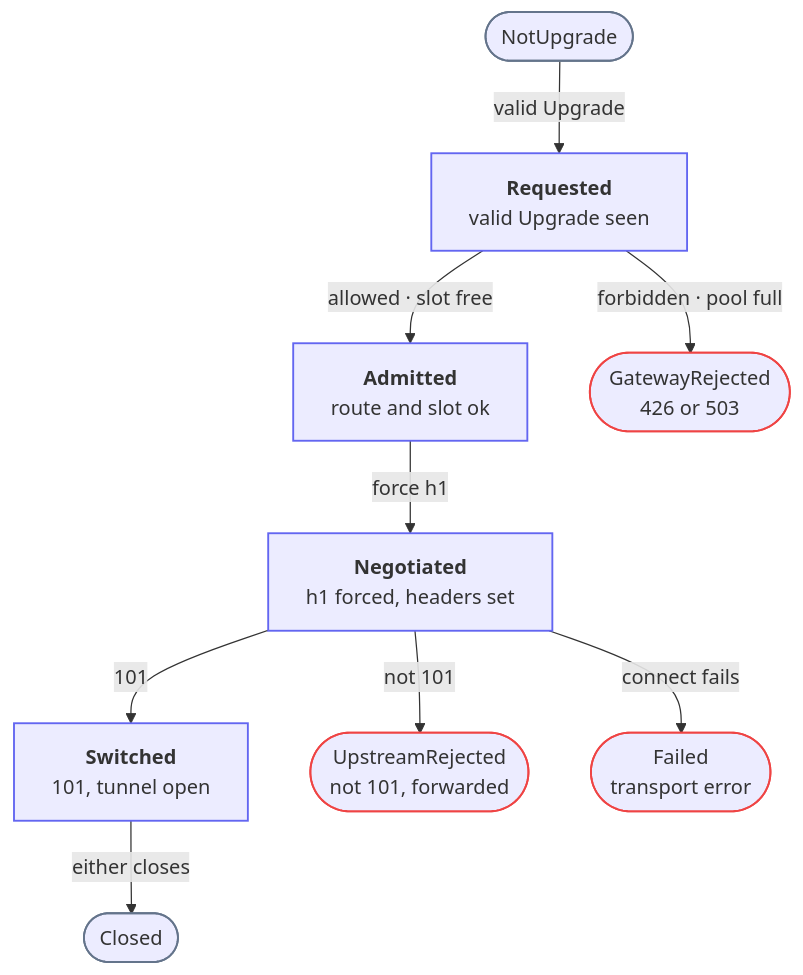
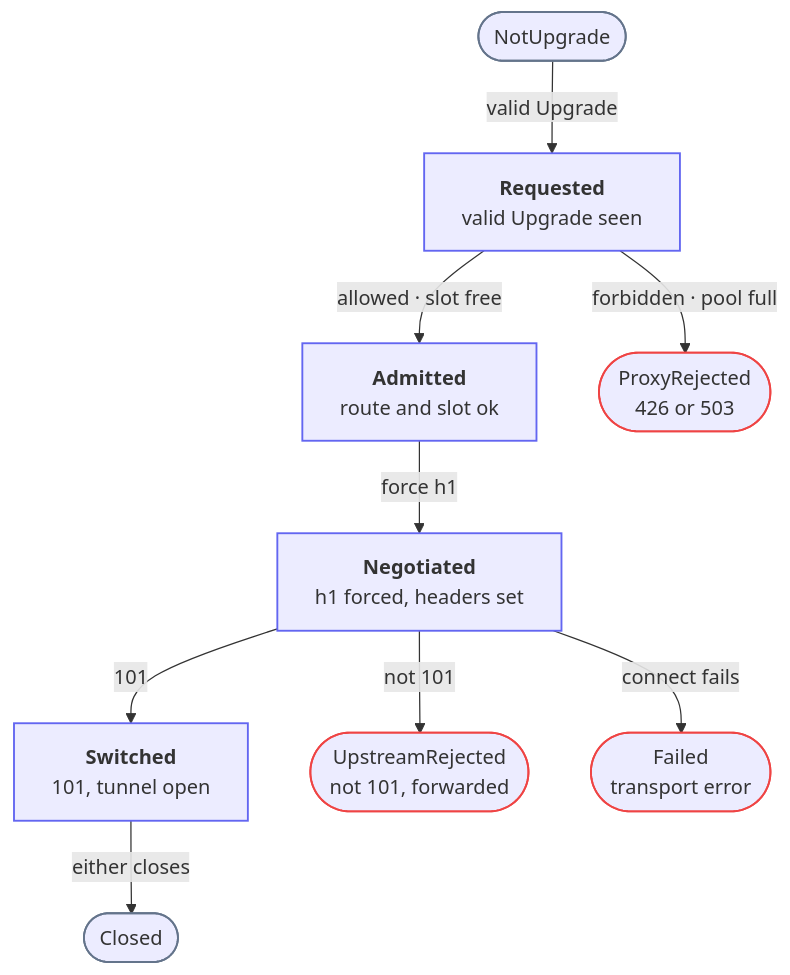
One commit to snakewayhq/snakeway changed the second of 2 diagrams in docs/docs/internals/protocol-negotiation.md. Above: the diagram before and after it, drawn with Mermaid. The commit also changed other lines of this file and 1 other file, not shown here.

Commit message:
Rename "Gateway" to "Proxy" in internals documentation for consistency

````diff
--- a/docs/docs/internals/protocol-negotiation.md
+++ b/docs/docs/internals/protocol-negotiation.md
@@ -111,30 +111,30 @@
 ```mermaid
 %%{ init: { "flowchart": { "curve": "basis" } } }%%
 flowchart TD
     notUpgrade(["NotUpgrade"])
     requested["<b>Requested</b><br/>valid Upgrade seen"]
     admitted["<b>Admitted</b><br/>route and slot ok"]
     negotiated["<b>Negotiated</b><br/>h1 forced, headers set"]
     switched["<b>Switched</b><br/>101, tunnel open"]
     closed(["Closed"])
-    gwReject(["GatewayRejected<br/>426 or 503"])
+    proxyReject(["ProxyRejected<br/>426 or 503"])
     upReject(["UpstreamRejected<br/>not 101, forwarded"])
     failed(["Failed<br/>transport error"])
 
     notUpgrade -- "valid Upgrade" --> requested
     requested -- "allowed · slot free" --> admitted
-    requested -- "forbidden · pool full" --> gwReject
+    requested -- "forbidden · pool full" --> proxyReject
     admitted -- "force h1" --> negotiated
     negotiated -- "101" --> switched
     negotiated -- "not 101" --> upReject
     negotiated -- "connect fails" --> failed
     switched -- "either closes" --> closed
 
     classDef io stroke:#64748b,stroke-width:1.5px;
     classDef data stroke:#6366f1,stroke-width:1.5px;
     classDef bad stroke:#ef4444,stroke-width:1.5px;
 
     class notUpgrade,closed io;
     class requested,admitted,negotiated,switched data;
-    class gwReject,upReject,failed bad;
+    class proxyReject,upReject,failed bad;
 ```
````
